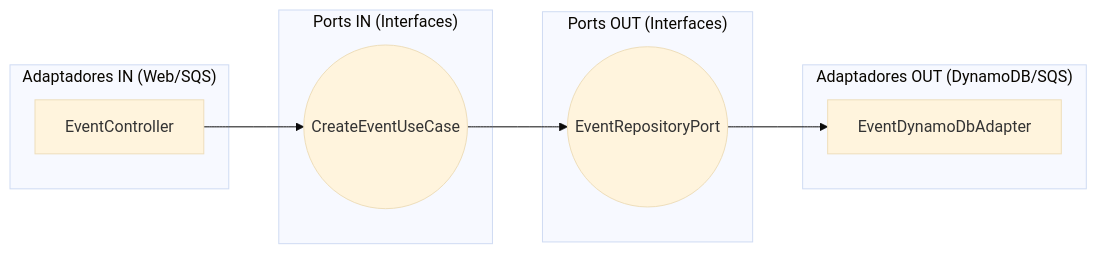
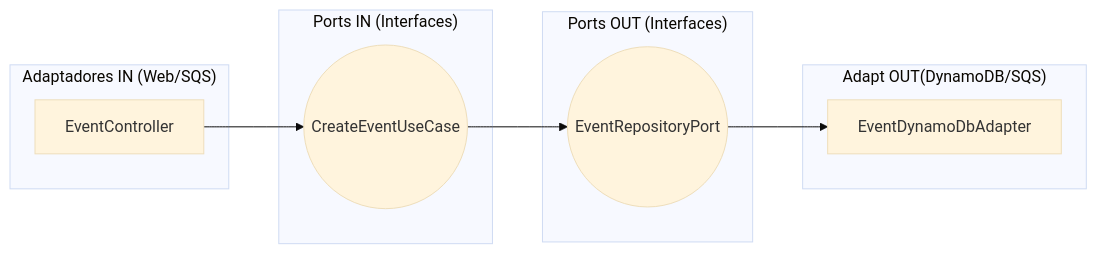
Before and after one commit to Jhoan150/TicketingReactive: the diagram in docs/ARCHITECTURE_DEEP_DIVE.md, drawn with Mermaid (base theme). The commit also changed other lines of this file and 22 other files, not shown here.

````diff
--- a/docs/ARCHITECTURE_DEEP_DIVE.md
+++ b/docs/ARCHITECTURE_DEEP_DIVE.md
@@ -56,22 +56,22 @@
 ```mermaid
 graph LR
     subgraph "Adaptadores IN (Web/SQS)"
         A1[EventController]
     end
 
     subgraph "Ports IN (Interfaces)"
         P1((CreateEventUseCase))
     end
 
     subgraph "Ports OUT (Interfaces)"
         P2((EventRepositoryPort))
     end
 
-    subgraph "Adaptadores OUT (DynamoDB/SQS)"
+    subgraph "Adapt OUT(DynamoDB/SQS)"
         A2[EventDynamoDbAdapter]
     end
 
     A1 --> P1
     P1 --> P2
     P2 --> A2
 ```
````
